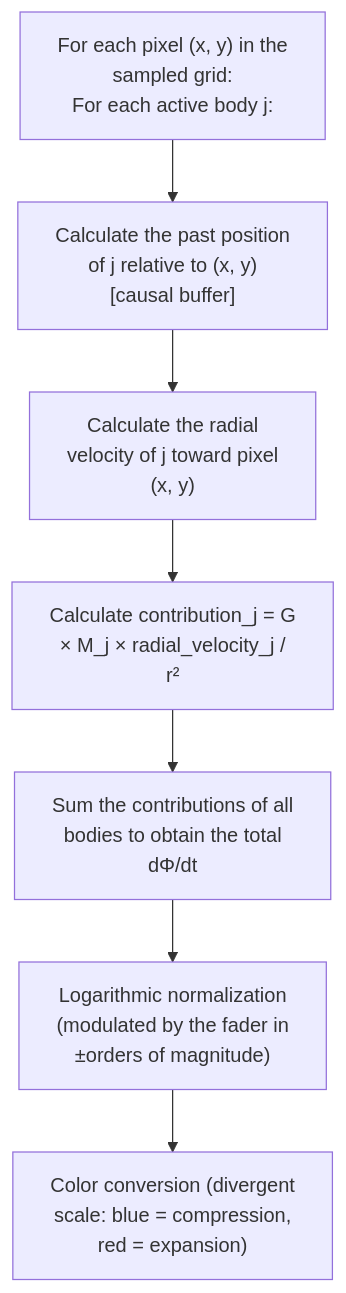
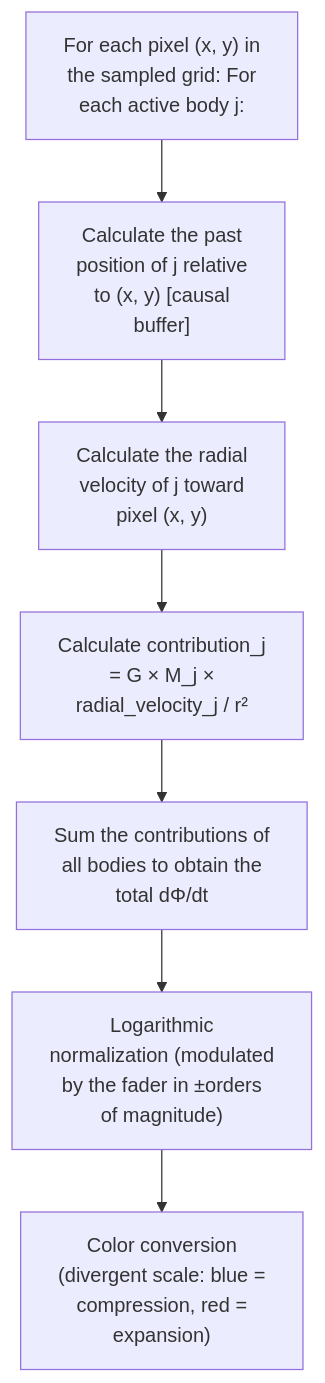
One commit to alessandro-pioli/AstroCausal_Engine changed the sixth of 11 diagrams in ARCHITECTURE_DEEP_DIVE.md. Above: the diagram before and after it, drawn with Mermaid. The commit also changed other lines of this file and 2 other files, not shown here.

````diff
--- a/ARCHITECTURE_DEEP_DIVE.md
+++ b/ARCHITECTURE_DEEP_DIVE.md
@@ -489,9 +487,9 @@
 ```mermaid
 flowchart TD
-    A["For each pixel (x, y) in the<br/>sampled grid:<br/>For each active body j:"] --> B["Calculate the past position<br/>of j relative to (x, y)<br/>[causal buffer]"]
-    B --> C["Calculate the radial<br/>velocity of j toward pixel<br/>(x, y)"]
-    C --> D["Calculate contribution_j = G<br/>× M_j × radial_velocity_j /<br/>r²"]
-    D --> E["Sum the contributions of all<br/>bodies to obtain the total<br/>dΦ/dt"]
-    E --> F["Logarithmic normalization<br/>(modulated by the fader in<br/>±orders of magnitude)"]
-    F --> G["Color conversion (divergent<br/>scale: blue = compression,<br/>red = expansion)"]
+    A["For each pixel (x, y) in<br/>the sampled grid: For<br/>each active body j:"] --> B["Calculate the past<br/>position of j relative<br/>to (x, y) [causal<br/>buffer]"]
+    B --> C["Calculate the radial<br/>velocity of j toward<br/>pixel (x, y)"]
+    C --> D["Calculate contribution_j<br/>= G × M_j ×<br/>radial_velocity_j / r²"]
+    D --> E["Sum the contributions of<br/>all bodies to obtain the<br/>total dΦ/dt"]
+    E --> F["Logarithmic<br/>normalization (modulated<br/>by the fader in ±orders<br/>of magnitude)"]
+    F --> G["Color conversion<br/>(divergent scale: blue =<br/>compression, red =<br/>expansion)"]
 ```
````
